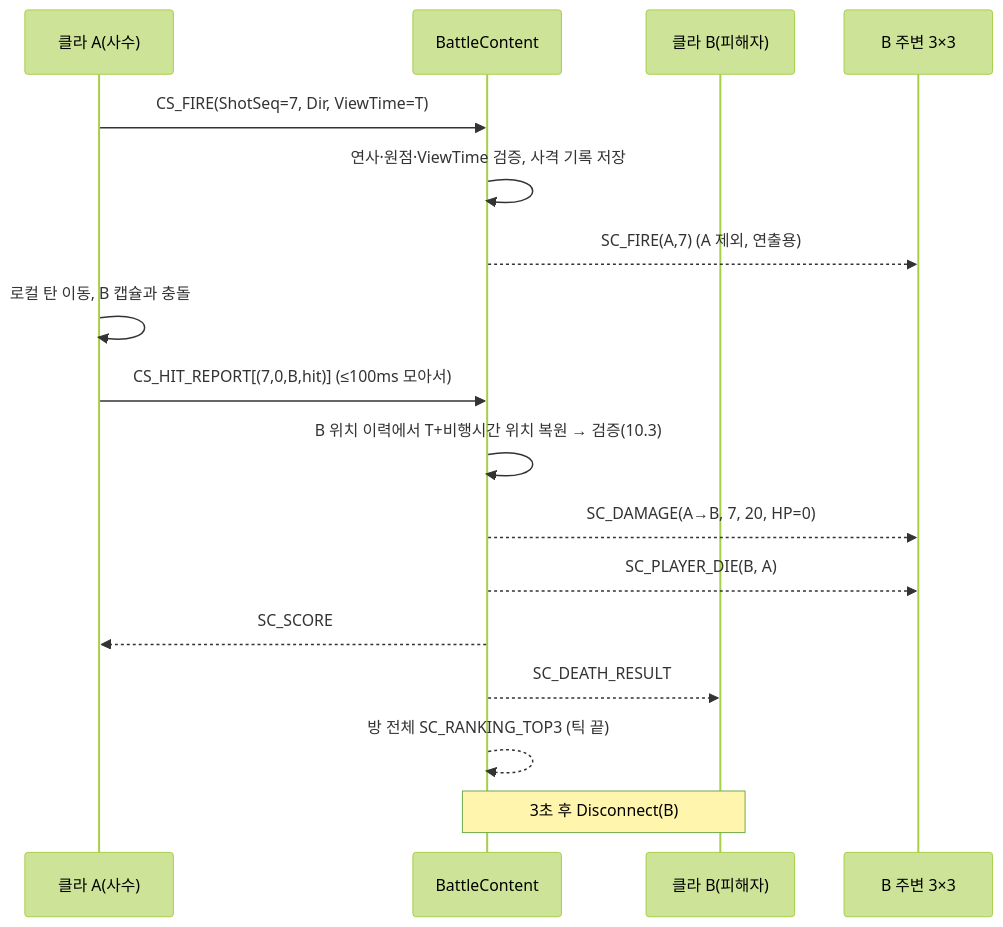
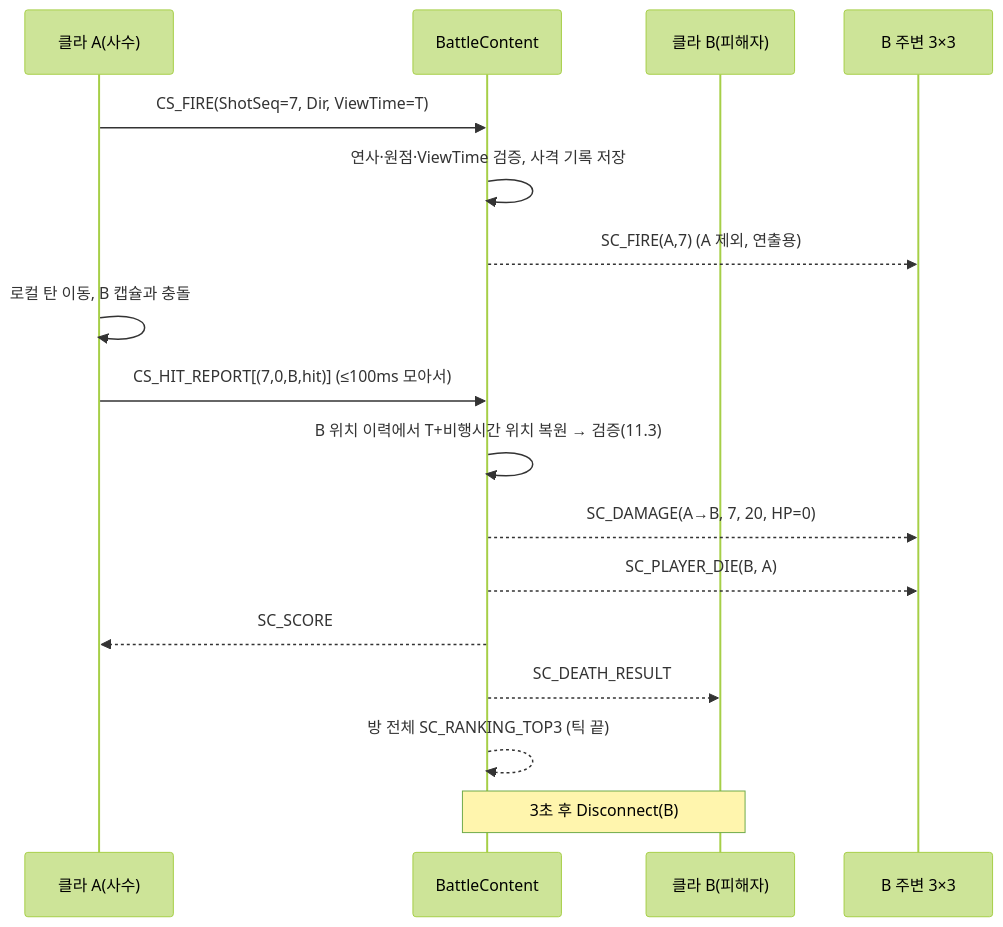
One commit to ChokeOutCho/escape_from_blockov changed the third of 4 diagrams in GAME_SPEC.md. Above: the diagram before and after it, drawn with Mermaid (forest theme). The commit also changed other lines of this file and 1 other file, not shown here.

````diff
--- a/GAME_SPEC.md
+++ b/GAME_SPEC.md
@@ -501,19 +623,19 @@
 ```mermaid
 sequenceDiagram
     participant A as 클라 A(사수)
     participant S as BattleContent
     participant B as 클라 B(피해자)
     participant N as B 주변 3×3
     A->>S: CS_FIRE(ShotSeq=7, Dir, ViewTime=T)
     S->>S: 연사·원점·ViewTime 검증, 사격 기록 저장
     S-->>N: SC_FIRE(A,7) (A 제외, 연출용)
     A->>A: 로컬 탄 이동, B 캡슐과 충돌
     A->>S: CS_HIT_REPORT[(7,0,B,hit)] (≤100ms 모아서)
-    S->>S: B 위치 이력에서 T+비행시간 위치 복원 → 검증(10.3)
+    S->>S: B 위치 이력에서 T+비행시간 위치 복원 → 검증(11.3)
     S-->>N: SC_DAMAGE(A→B, 7, 20, HP=0)
     S-->>N: SC_PLAYER_DIE(B, A)
     S-->>A: SC_SCORE
     S-->>B: SC_DEATH_RESULT
     S-->>S: 방 전체 SC_RANKING_TOP3 (틱 끝)
     Note over S,B: 3초 후 Disconnect(B)
 ```
````
